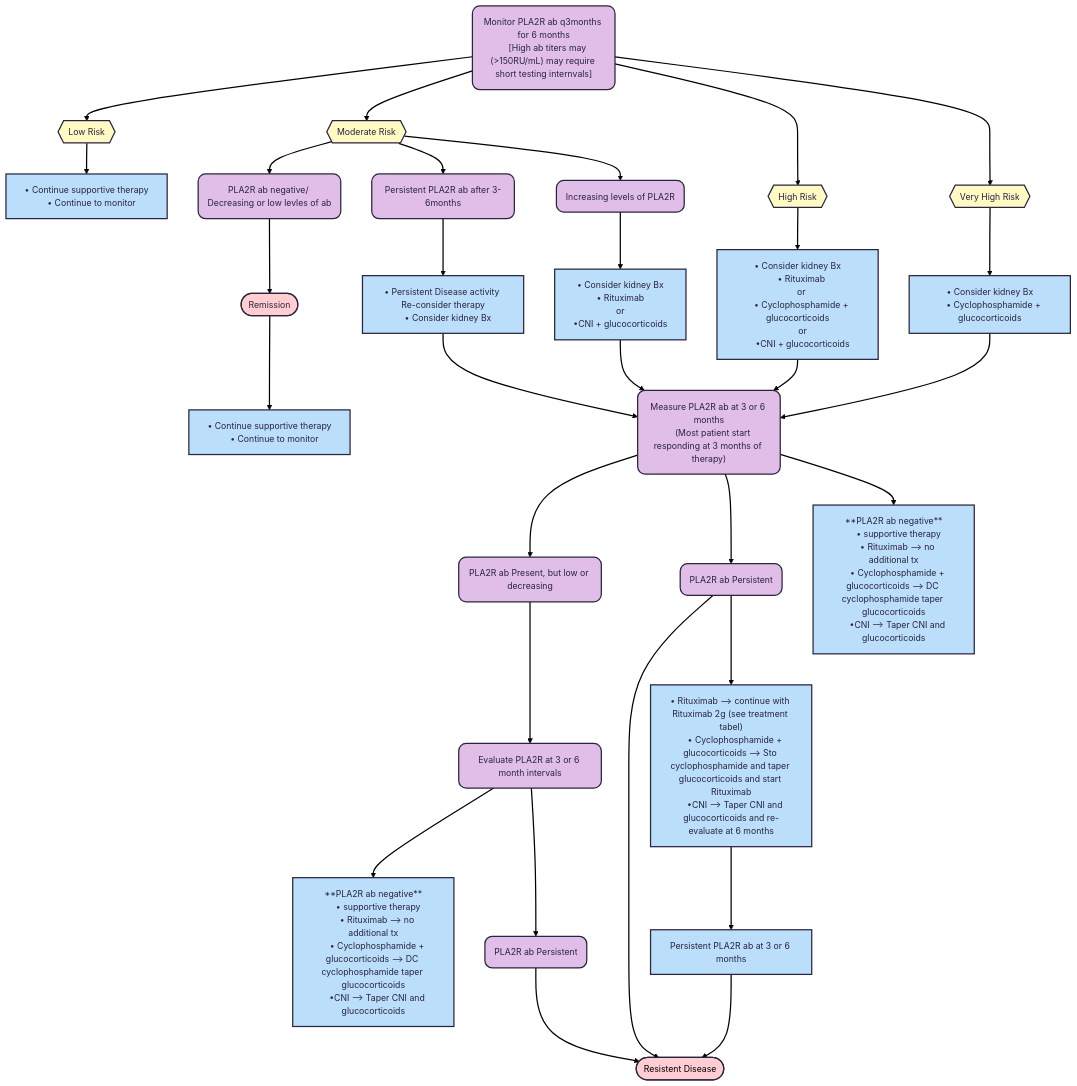
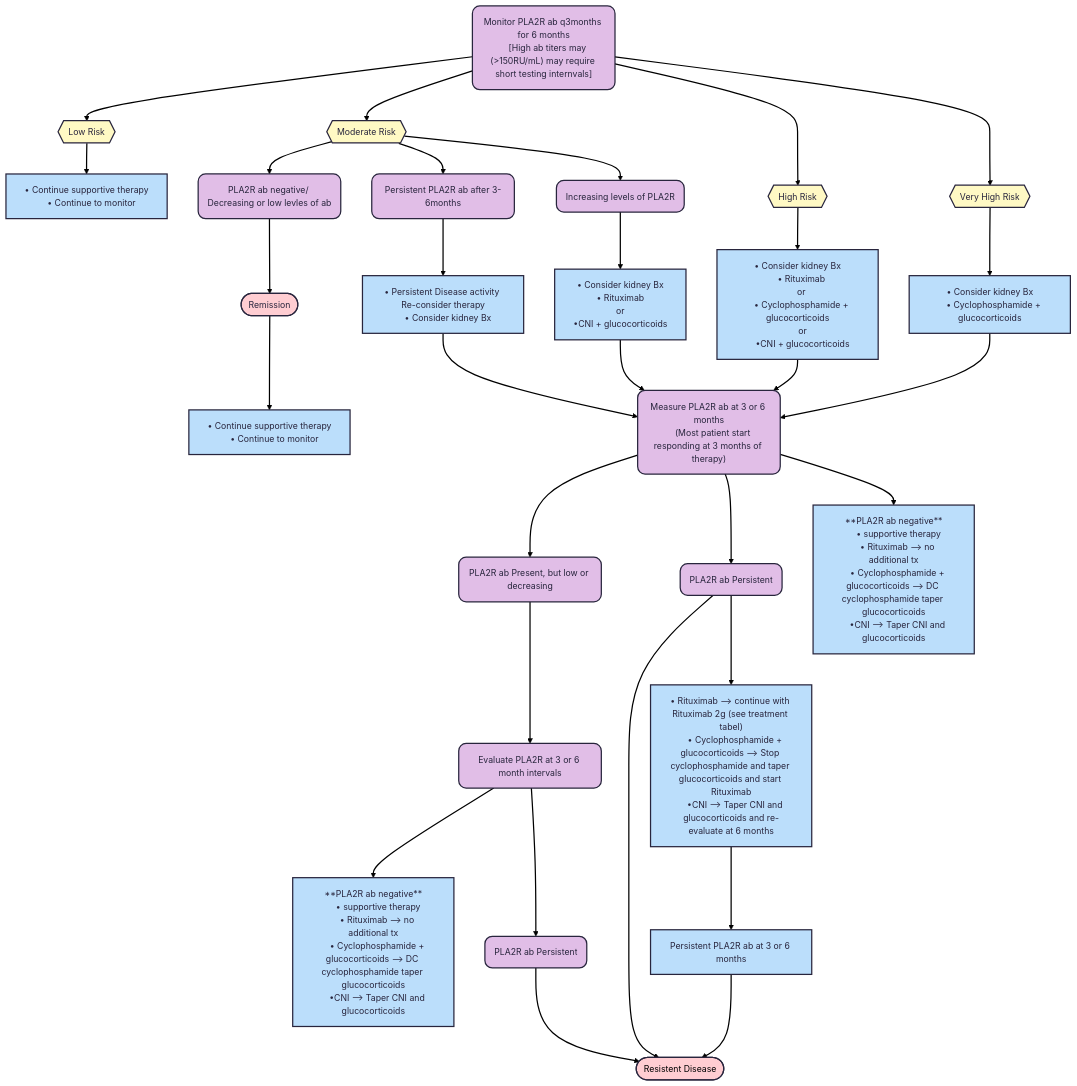
One commit to TTUNEPH2025/GN changed the third of 4 diagrams in docs/Membranous.md. Above: the diagram before and after it, drawn with Mermaid. The commit also changed other lines of this file, not shown here.

```diff
--- a/docs/Membranous.md
+++ b/docs/Membranous.md
@@ -248,7 +247,7 @@
     •CNI --> Taper CNI and glucocorticoids"] & n31["PLA2R ab Persistent"]
     n31 --> n32(["Resistent Disease"])
     n27 --> n32 & n73["• Rituximab --> continue with Rituximab 2g (see treatment tabel)
-    • Cyclophosphamide + glucocorticoids --> Sto cyclophosphamide and taper glucocorticoids and start Rituximab
+    • Cyclophosphamide + glucocorticoids --> Stop cyclophosphamide and taper glucocorticoids and start Rituximab
     •CNI --> Taper CNI and glucocorticoids and re-evaluate at 6 months"]
     n73 --> n74["Persistent PLA2R ab at 3 or 6 months"]
     n74 --> n32
```
